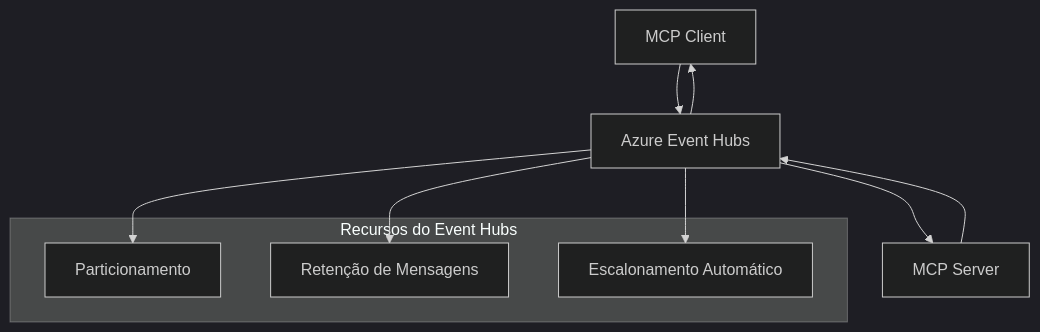
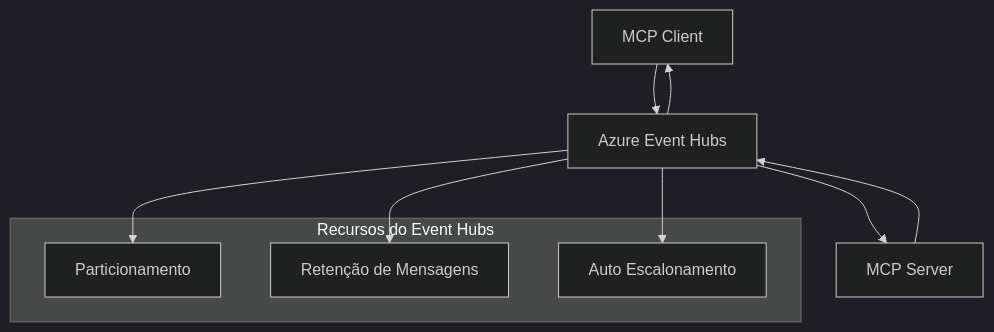
One commit to HIDORAKAI002/ai-workspace-archive changed the second of 2 diagrams in mcp_ecosystem__model_context_protocol/mcp_learning_resources/mcp-for-beginners/translations/pt-BR/05-AdvancedTopics/mcp-transport/README.md. Above: the diagram before and after it, drawn with Mermaid (dark theme). The commit also changed other lines of this file and 1539 other files, not shown here.

````diff
--- a/mcp_ecosystem__model_context_protocol/mcp_learning_resources/mcp-for-beginners/translations/pt-BR/05-AdvancedTopics/mcp-transport/README.md
+++ b/mcp_ecosystem__model_context_protocol/mcp_learning_resources/mcp-for-beginners/translations/pt-BR/05-AdvancedTopics/mcp-transport/README.md
@@ -269,17 +270,17 @@
 ```mermaid
 graph TB
     Client[MCP Client] --> EH[Azure Event Hubs]
     EH --> Server[MCP Server]
     Server --> EH
     EH --> Client
     
     subgraph "Recursos do Event Hubs"
         Partition[Particionamento]
         Retention[Retenção de Mensagens]
-        Scaling[Escalonamento Automático]
+        Scaling[Auto Escalonamento]
     end
     
     EH --> Partition
     EH --> Retention
     EH --> Scaling
 ```
````
